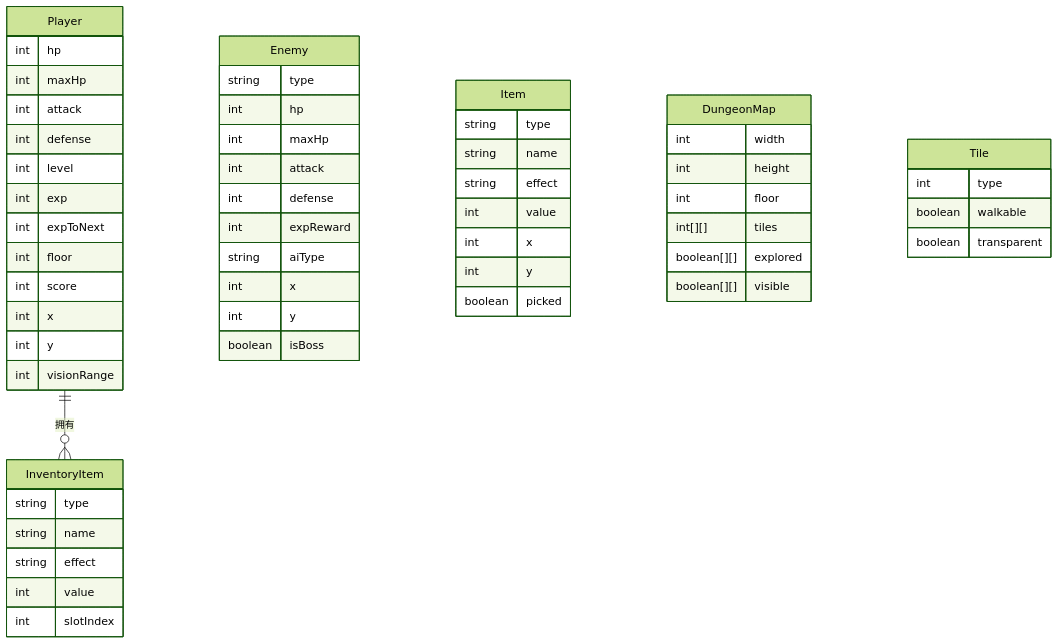
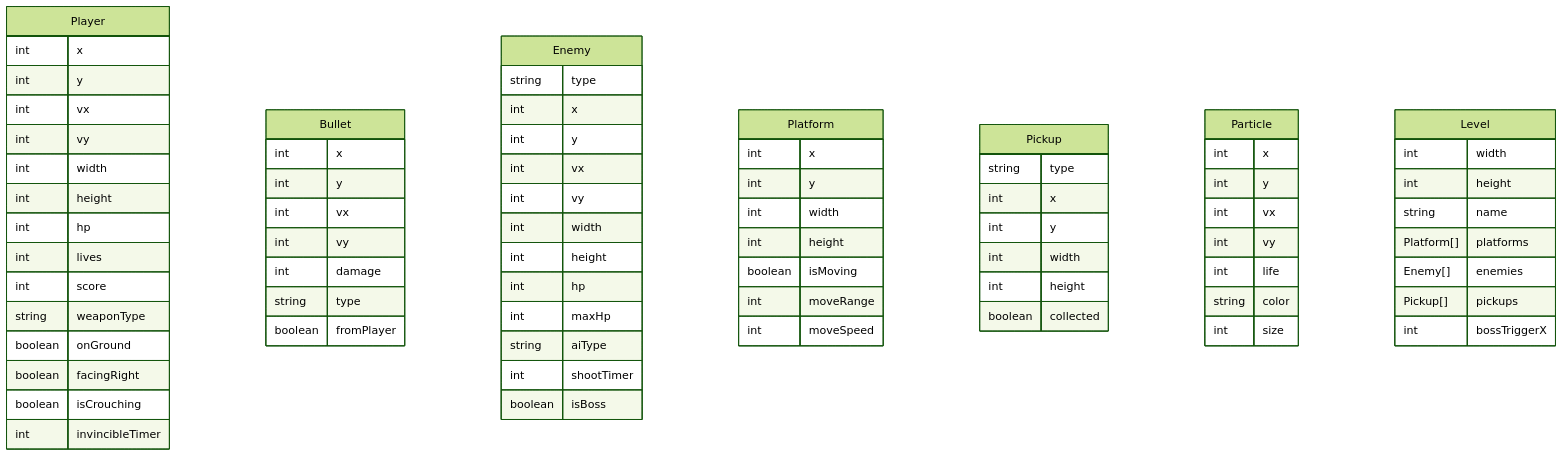
Before and after one commit to lizhixinw/wegame: the second of 2 diagrams in .trae/documents/tech-architecture.md, drawn with Mermaid (forest theme). The commit also changed other lines of this file and 26 other files, not shown here.

````diff
--- a/.trae/documents/tech-architecture.md
+++ b/.trae/documents/tech-architecture.md
@@ -46,59 +46,77 @@
 ```mermaid
 erDiagram
-    "Player" ||--o{ "InventoryItem" : "拥有"
     "Player" {
-        int hp
-        int maxHp
-        int attack
-        int defense
-        int level
-        int exp
-        int expToNext
-        int floor
-        int score
         int x
         int y
-        int visionRange
+        int vx
+        int vy
+        int width
+        int height
+        int hp
+        int lives
+        int score
+        string weaponType
+        boolean onGround
+        boolean facingRight
+        boolean isCrouching
+        int invincibleTimer
+    }
+    "Bullet" {
+        int x
+        int y
+        int vx
+        int vy
+        int damage
+        string type
+        boolean fromPlayer
     }
     "Enemy" {
         string type
+        int x
+        int y
+        int vx
+        int vy
+        int width
+        int height
         int hp
         int maxHp
-        int attack
-        int defense
-        int expReward
         string aiType
+        int shootTimer
+        boolean isBoss
+    }
+    "Platform" {
         int x
         int y
-        boolean isBoss
+        int width
+        int height
+        boolean isMoving
+        int moveRange
+        int moveSpeed
     }
-    "Item" {
+    "Pickup" {
         string type
-        string name
-        string effect
-        int value
         int x
         int y
-        boolean picked
-    }
-    "InventoryItem" {
-        string type
-        string name
-        string effect
-        int value
-        int slotIndex
-    }
-    "DungeonMap" {
         int width
         int height
-        int floor
-        int[][] tiles
-        boolean[][] explored
-        boolean[][] visible
+        boolean collected
     }
-    "Tile" {
-        int type
-        boolean walkable
-        boolean transparent
+    "Particle" {
+        int x
+        int y
+        int vx
+        int vy
+        int life
+        string color
+        int size
+    }
+    "Level" {
+        int width
+        int height
+        string name
+        Platform[] platforms
+        Enemy[] enemies
+        Pickup[] pickups
+        int bossTriggerX
     }
 ```
````
